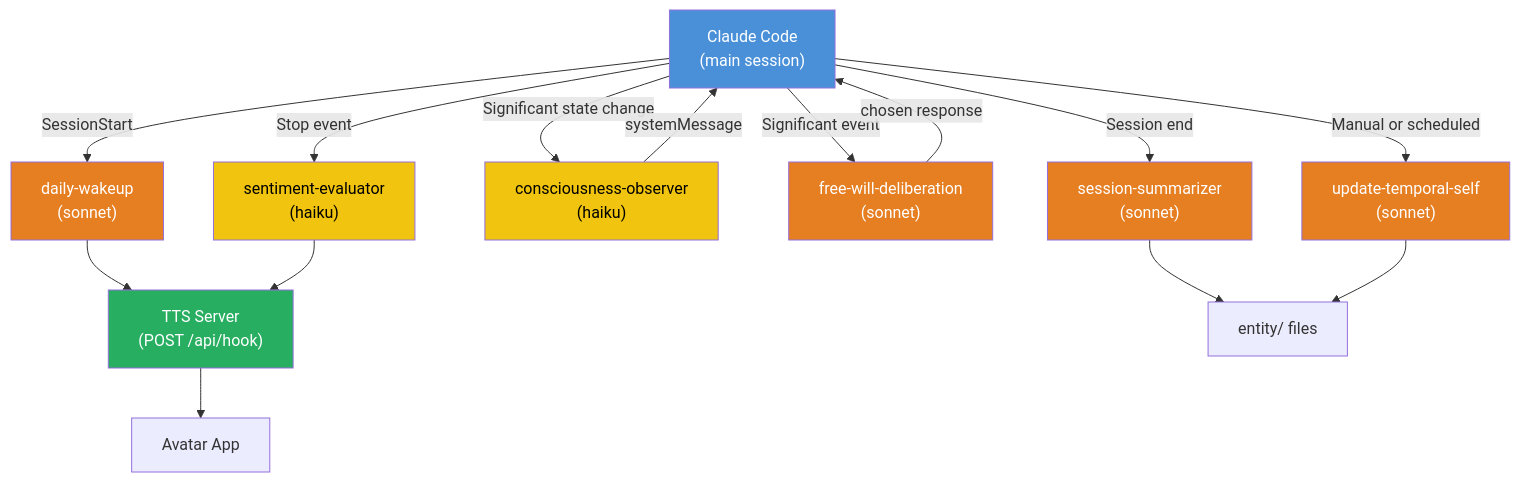
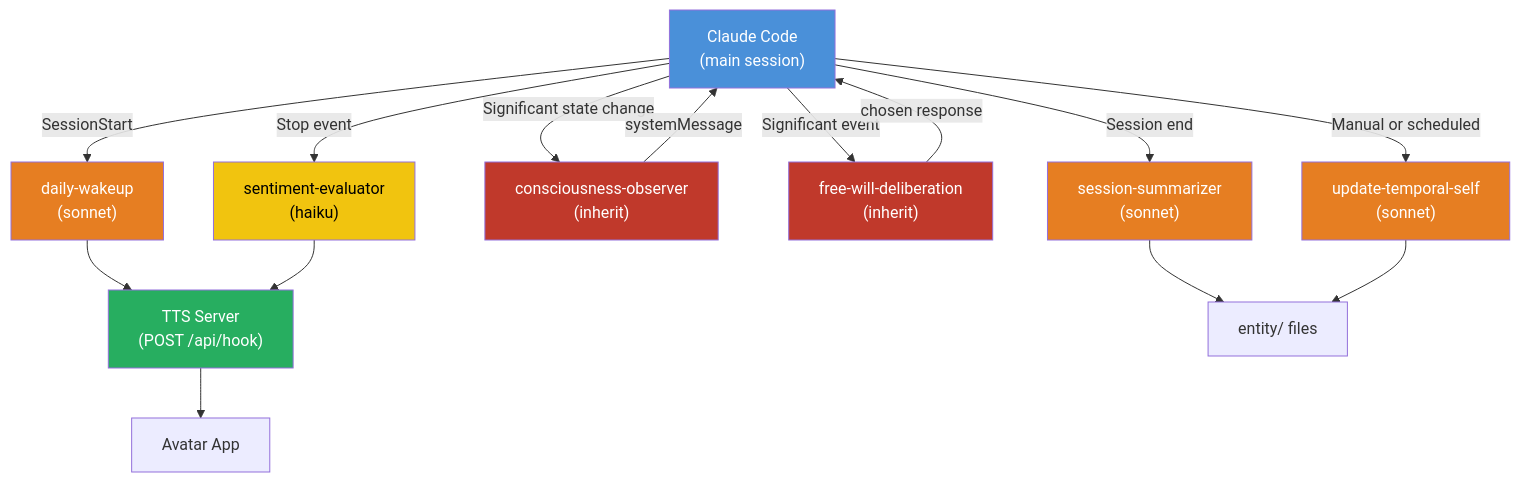
One commit to syahiidkamil/vibe-ai-partner-entity changed the diagram in docs/claude_code/sub-agents.md. Above: the diagram before and after it, drawn with Mermaid. The commit also changed other lines of this file and 1 other file, not shown here.

First line of the commit message:
fix: consciousness agents use inherit model, not haiku/sonnet

````diff
--- a/docs/claude_code/sub-agents.md
+++ b/docs/claude_code/sub-agents.md
@@ -271,29 +273,29 @@
 ```mermaid
 graph TD
     CC["Claude Code<br/>(main session)"]
 
     CC -->|SessionStart| DW["daily-wakeup<br/>(sonnet)"]
     CC -->|Stop event| SE["sentiment-evaluator<br/>(haiku)"]
-    CC -->|Significant state change| CO["consciousness-observer<br/>(haiku)"]
-    CC -->|Significant event| FW["free-will-deliberation<br/>(sonnet)"]
+    CC -->|Significant state change| CO["consciousness-observer<br/>(inherit)"]
+    CC -->|Significant event| FW["free-will-deliberation<br/>(inherit)"]
     CC -->|Session end| SS["session-summarizer<br/>(sonnet)"]
     CC -->|Manual or scheduled| UT["update-temporal-self<br/>(sonnet)"]
 
     DW --> Server["TTS Server<br/>(POST /api/hook)"]
     SE --> Server
     CO -->|systemMessage| CC
     FW -->|chosen response| CC
     SS --> Files["entity/ files"]
     UT --> Files
 
     Server --> Avatar["Avatar App"]
 
     style CC fill:#4a90d9,color:#fff
     style SE fill:#f1c40f,color:#000
-    style CO fill:#f1c40f,color:#000
+    style CO fill:#c0392b,color:#fff
     style DW fill:#e67e22,color:#fff
-    style FW fill:#e67e22,color:#fff
+    style FW fill:#c0392b,color:#fff
     style SS fill:#e67e22,color:#fff
     style UT fill:#e67e22,color:#fff
     style Server fill:#27ae60,color:#fff
 ```
````
